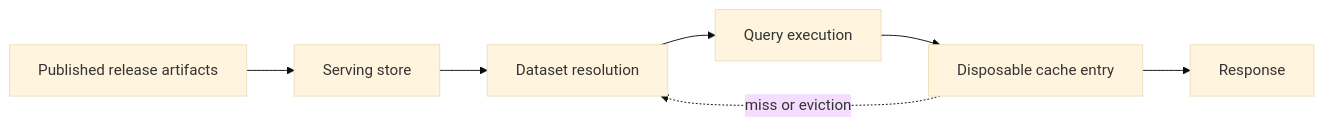
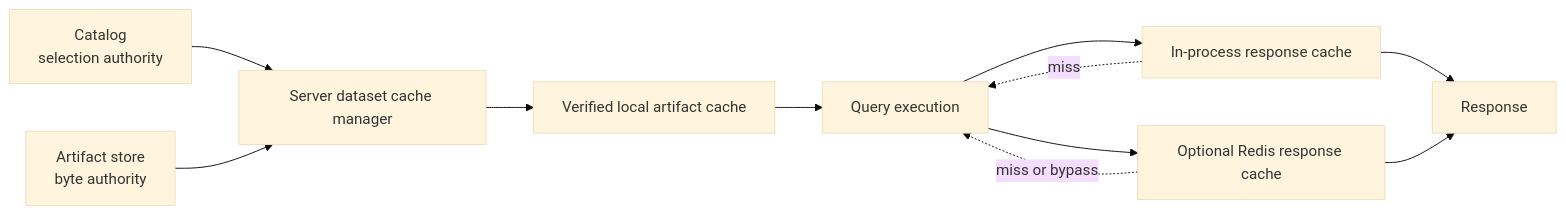
Before and after one commit to bijux/bijux-atlas: the first of 7 diagrams in docs/bijux-atlas-ops/stack/cache-and-store-operations.md, drawn with Mermaid (base theme). The commit also changed other lines of this file and 2 other files, not shown here.

Commit message:
docs(stack): separate deployment and cache authority

````diff
--- a/docs/bijux-atlas-ops/stack/cache-and-store-operations.md
+++ b/docs/bijux-atlas-ops/stack/cache-and-store-operations.md
@@ -19,9 +20,13 @@
 ```mermaid
 flowchart LR
-    Release["Published release artifacts"] --> Store["Serving store"]
-    Store --> Resolve["Dataset resolution"]
-    Resolve --> Query["Query execution"]
-    Query --> Cache["Disposable cache entry"]
-    Cache --> Response["Response"]
-    Cache -. miss or eviction .-> Resolve
+    Catalog["Catalog<br/>selection authority"] --> Manager["Server dataset cache manager"]
+    Store["Artifact store<br/>byte authority"] --> Manager
+    Manager --> Local["Verified local artifact cache"]
+    Local --> Query["Query execution"]
+    Query --> Hot["In-process response cache"]
+    Query --> Redis["Optional Redis response cache"]
+    Hot --> Response["Response"]
+    Redis --> Response
+    Hot -. miss .-> Query
+    Redis -. miss or bypass .-> Query
 ```
````
